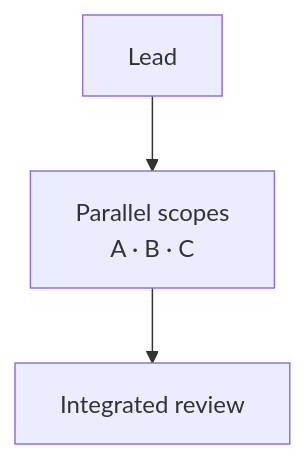
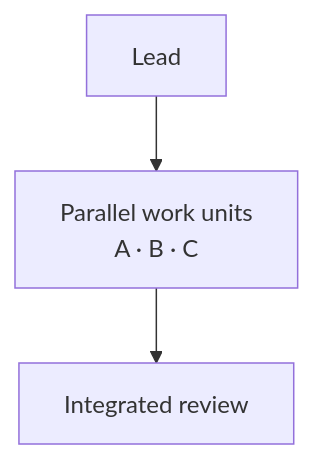
The third of 3 diagrams in docs/en/design_philosophy_extended.md (SnowLightPath/DDL), drawn with Mermaid before and after one commit. The commit also changed other lines of this file and 8 other files, not shown here.

````diff
--- a/docs/en/design_philosophy_extended.md
+++ b/docs/en/design_philosophy_extended.md
@@ -396,5 +396,5 @@
 ```mermaid
 flowchart TD
-    Lead --> Workers["Parallel scopes<br/>A · B · C"]
+    Lead --> Workers["Parallel work units<br/>A · B · C"]
     Workers --> Review[Integrated review]
 ```
````
